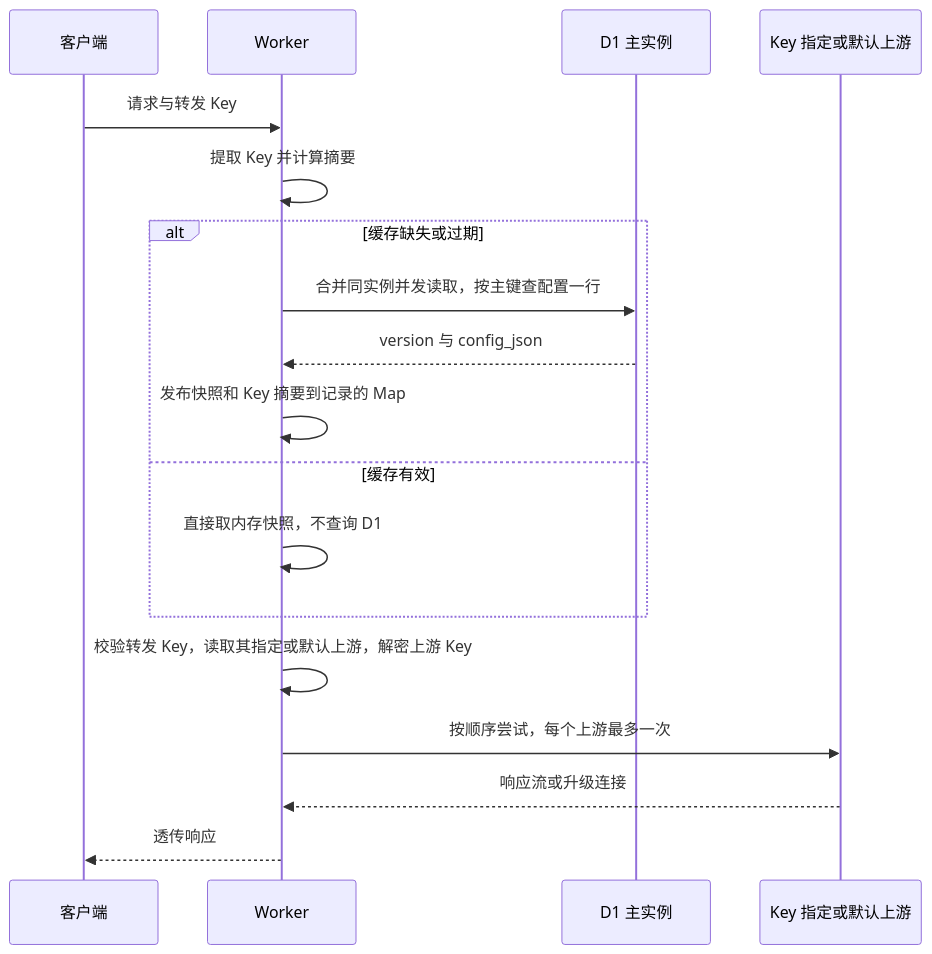
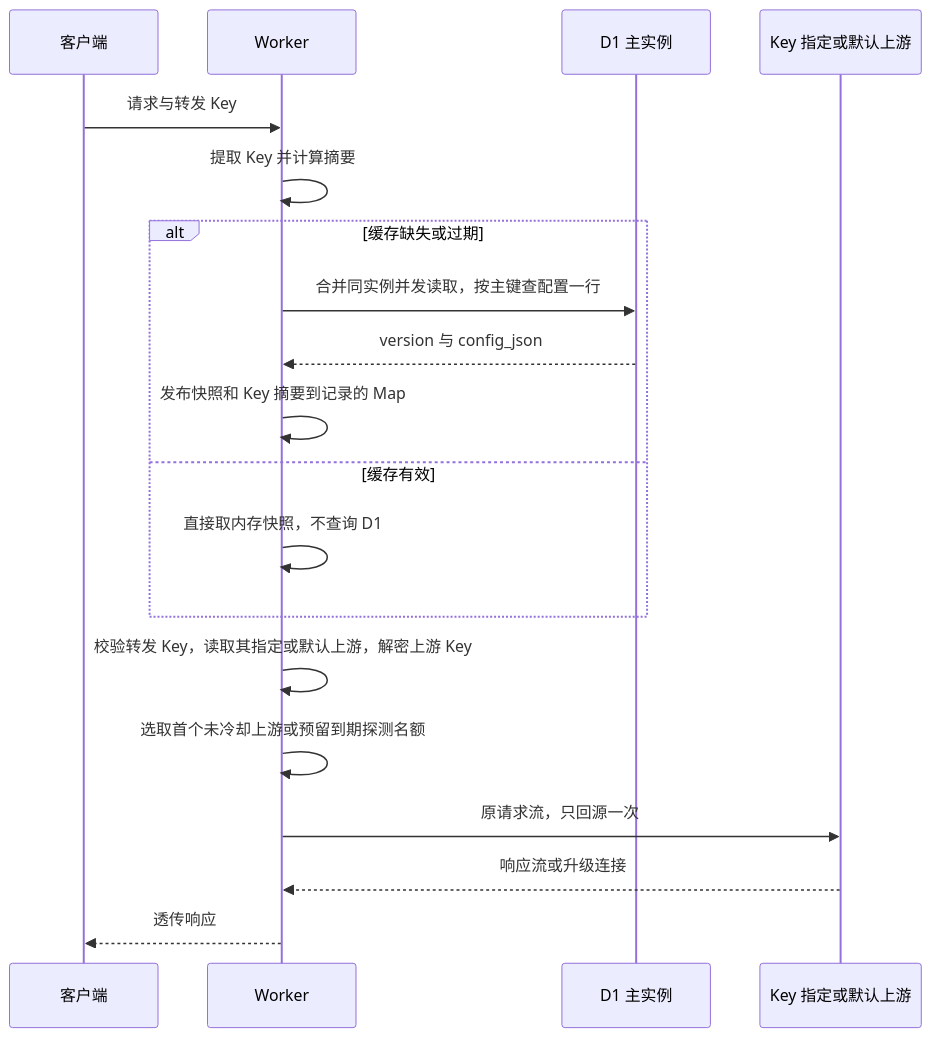
Before and after one commit to DeltaB-Lab/thin-proxy: the second of 2 diagrams in docs/03-架构文档.md, drawn with Mermaid. The commit also changed other lines of this file and 17 other files, not shown here.

````diff
--- a/docs/03-架构文档.md
+++ b/docs/03-架构文档.md
@@ -59,20 +59,21 @@
 ```mermaid
 sequenceDiagram
     participant C as 客户端
     participant W as Worker
     participant D as D1 主实例
     participant U as Key 指定或默认上游
     C->>W: 请求与转发 Key
     W->>W: 提取 Key 并计算摘要
     alt 缓存缺失或过期
         W->>D: 合并同实例并发读取，按主键查配置一行
         D-->>W: version 与 config_json
         W->>W: 发布快照和 Key 摘要到记录的 Map
     else 缓存有效
         W->>W: 直接取内存快照，不查询 D1
     end
     W->>W: 校验转发 Key，读取其指定或默认上游，解密上游 Key
-    W->>U: 按顺序尝试，每个上游最多一次
+    W->>W: 选取首个未冷却上游或预留到期探测名额
+    W->>U: 原请求流，只回源一次
     U-->>W: 响应流或升级连接
     W-->>C: 透传响应
 ```
````
